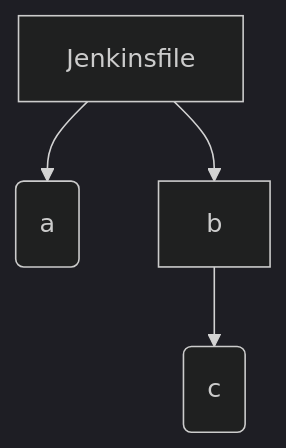
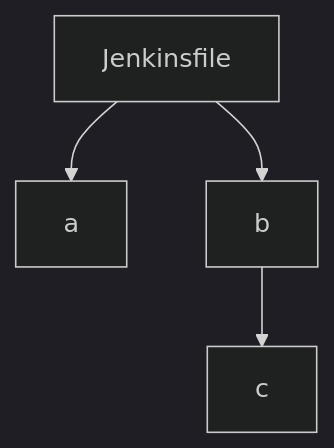
The diagram in README.md (IdiosApps/jenkins-2-diagrams), drawn with Mermaid (dark theme) before and after one commit. The commit also changed other lines of this file, not shown here.

````diff
--- a/README.md
+++ b/README.md
@@ -65,7 +66,7 @@
 ```mermaid
 graph TD
-    J[Jenkinsfile]
-    J[Jenkinsfile] --> A(a)
-    J[Jenkinsfile] --> B(b)
-    B[b] --> C(c)
+    Z[Jenkinsfile]
+    Z[Jenkinsfile] --> A[a]
+    Z[Jenkinsfile] --> B[b]
+    B[b] --> C[c]
 ```
````
